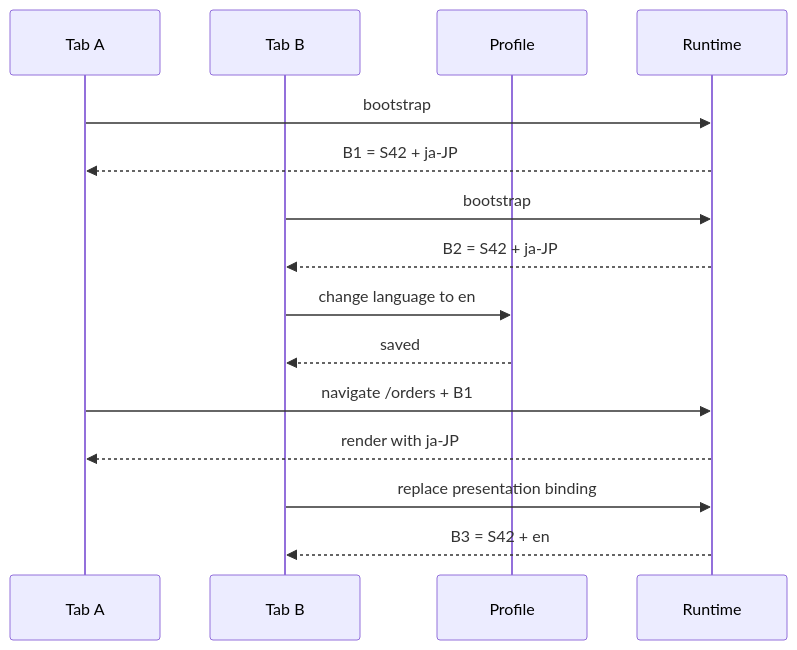
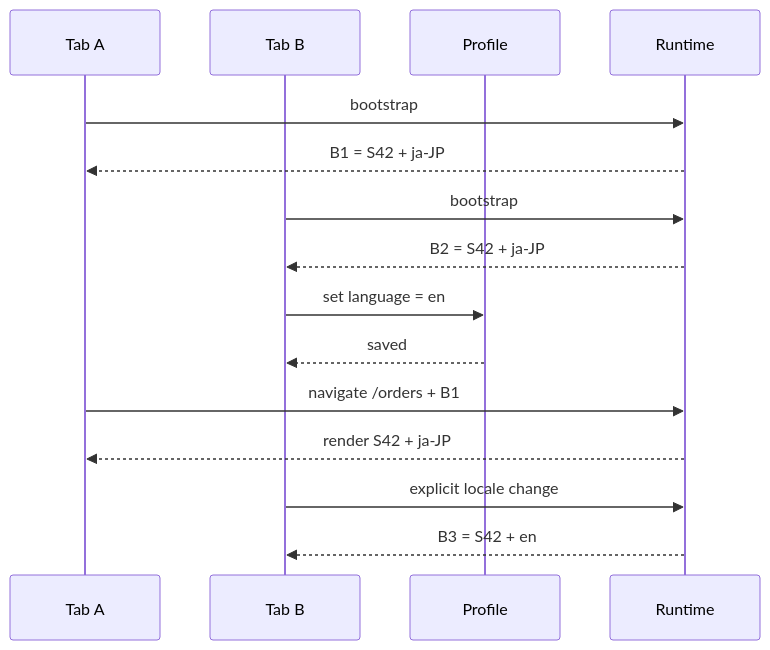
The fifth of 11 diagrams in content/versions/v0/developer/resource-runtime.mdx (taskmigo/docs), drawn with Mermaid before and after one commit. The commit also changed other lines of this file, not shown here.

Commit message:
docs: streamline runtime binding implementation

````diff
--- a/content/versions/v0/developer/resource-runtime.mdx
+++ b/content/versions/v0/developer/resource-runtime.mdx
@@ -228,22 +184,21 @@
 ```mermaid
 sequenceDiagram
-  participant TabA as Tab A
-  participant TabB as Tab B
+  participant A as Tab A
+  participant B as Tab B
   participant Profile
   participant Runtime
 
-  TabA->>Runtime: bootstrap
-  Runtime-->>TabA: B1 = S42 + ja-JP
+  A->>Runtime: bootstrap
+  Runtime-->>A: B1 = S42 + ja-JP
+  B->>Runtime: bootstrap
+  Runtime-->>B: B2 = S42 + ja-JP
 
-  TabB->>Runtime: bootstrap
-  Runtime-->>TabB: B2 = S42 + ja-JP
+  B->>Profile: set language = en
+  Profile-->>B: saved
 
-  TabB->>Profile: change language to en
-  Profile-->>TabB: saved
+  A->>Runtime: navigate /orders + B1
+  Runtime-->>A: render S42 + ja-JP
 
-  TabA->>Runtime: navigate /orders + B1
-  Runtime-->>TabA: render with ja-JP
-
-  TabB->>Runtime: replace presentation binding
-  Runtime-->>TabB: B3 = S42 + en
+  B->>Runtime: explicit locale change
+  Runtime-->>B: B3 = S42 + en
 ```
````
